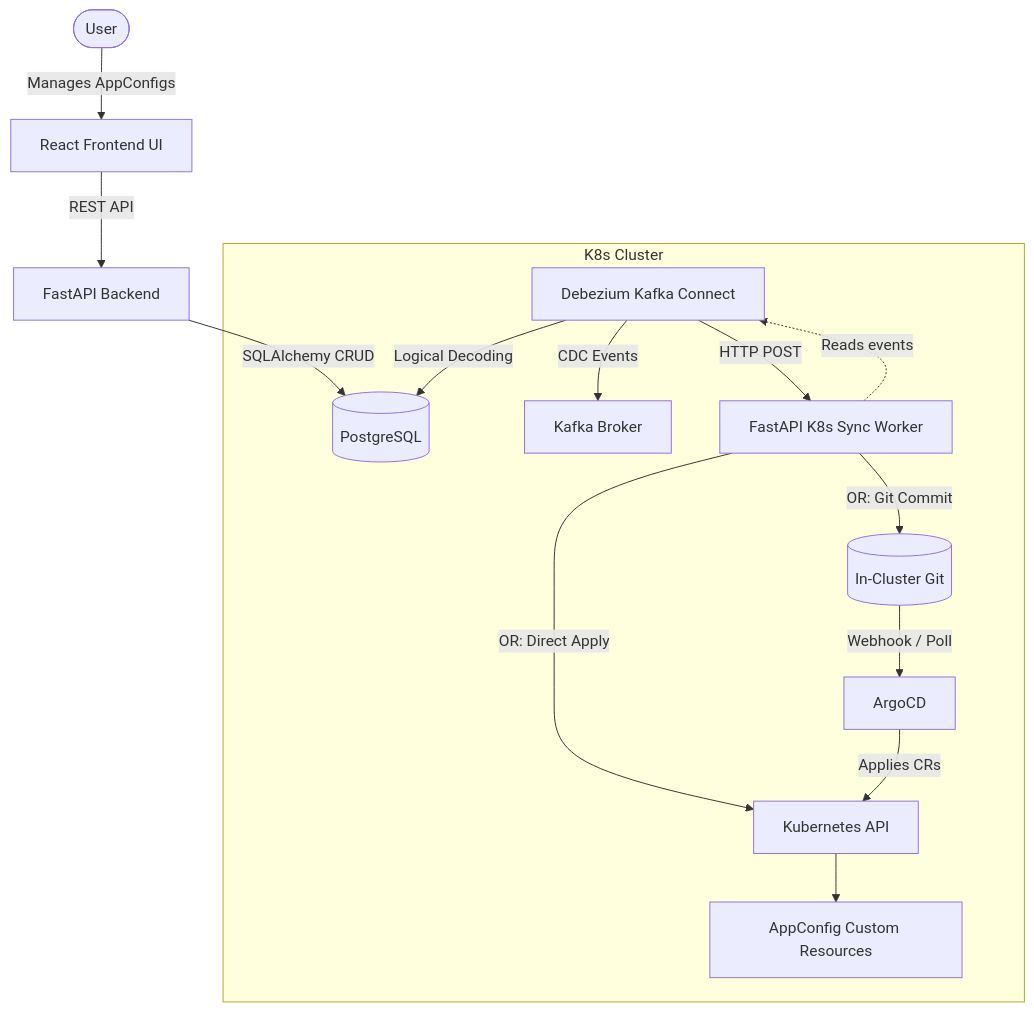
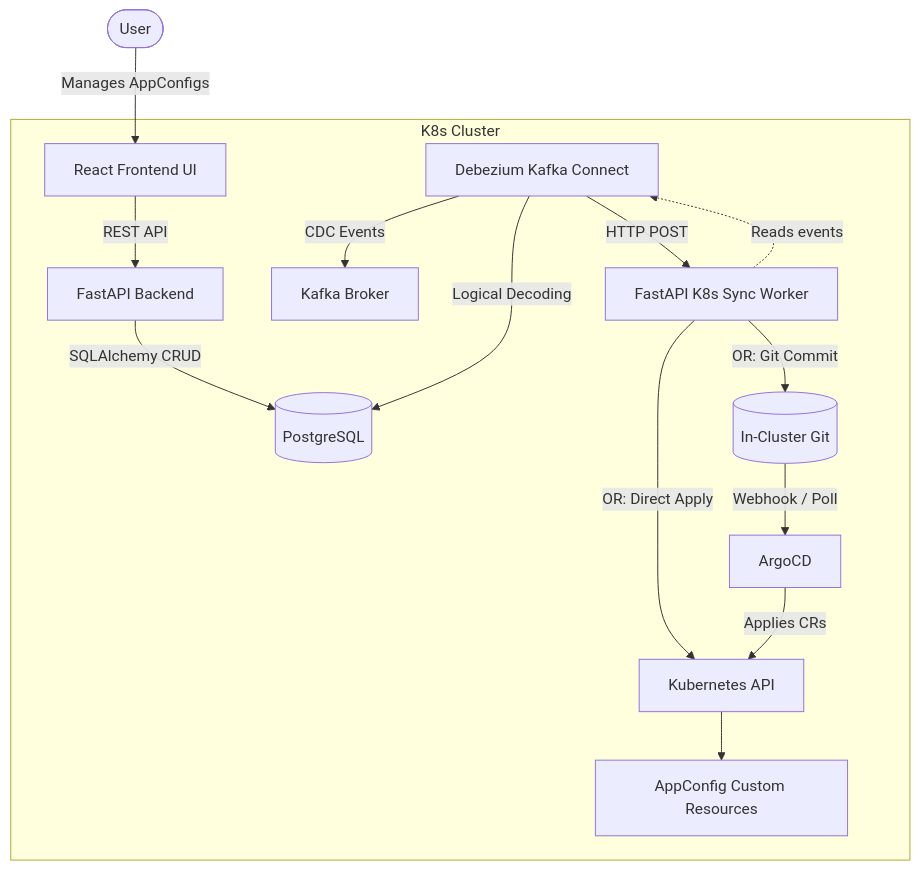
One commit to sunnyvale-it/resource-renderer-controller-pattern changed the diagram in README.md. Above: the diagram before and after it, drawn with Mermaid.

Commit message:
docs: Restructure README Mermaid diagram to show UI and API components within the K8s cluster.

````diff
--- a/README.md
+++ b/README.md
@@ -7,23 +7,23 @@
 ```mermaid
 graph TD
-    User([User]) -->|Manages AppConfigs| UI[React Frontend UI]
-    UI -->|REST API| API[FastAPI Backend]
-    API -->|SQLAlchemy CRUD| DB[(PostgreSQL)]
+    User([User]) -->|Manages AppConfigs| UI
     
     subgraph K8s Cluster
+        UI[React Frontend UI] -->|REST API| API[FastAPI Backend]
+        API -->|SQLAlchemy CRUD| DB[(PostgreSQL)]
         DB
         KafkaConnect[Debezium Kafka Connect] -->|Logical Decoding| DB
         KafkaConnect -->|CDC Events| Kafka[Kafka Broker]
         
         KafkaConnect -->|HTTP POST| SyncWorker
         SyncWorker[FastAPI K8s Sync Worker] -.->|Reads events| KafkaConnect
         
         SyncWorker -->|OR: Direct Apply| K8sAPI[Kubernetes API]
         
         SyncWorker -->|OR: Git Commit| GitServer[(In-Cluster Git)]
         GitServer -->|Webhook / Poll| ArgoCD[ArgoCD]
         ArgoCD -->|Applies CRs| K8sAPI
         
         K8sAPI --> CRD[AppConfig Custom Resources]
     end
 ```
````
